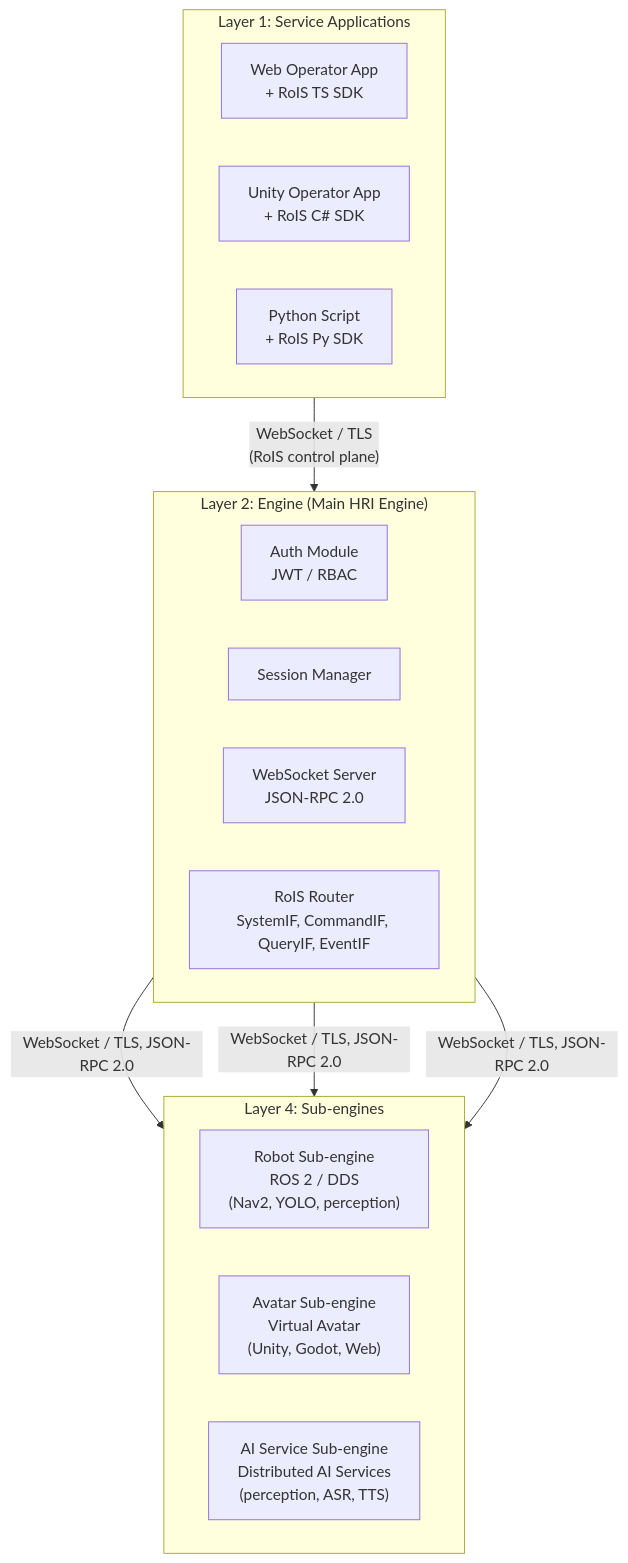
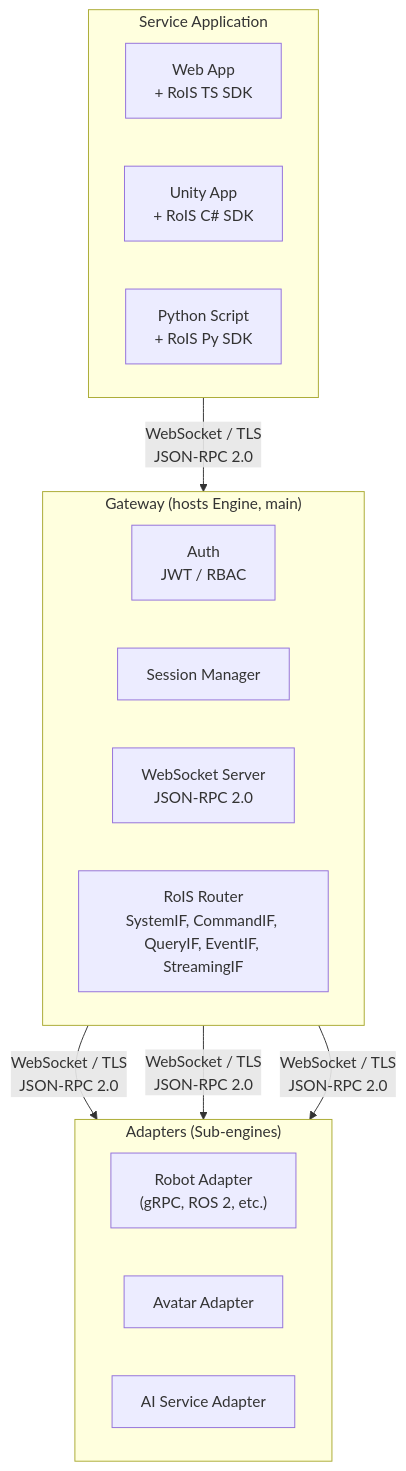
One commit to openrois/openrois-docs changed the diagram in docs/White Paper/layered-architecture.md. Above: the diagram before and after it, drawn with Mermaid. The commit also changed other lines of this file and 20 other files, not shown here.

Commit message:
docs: update website structure to reflect latest architecture

````diff
--- a/docs/White Paper/layered-architecture.md
+++ b/docs/White Paper/layered-architecture.md
@@ -20,29 +13,29 @@
 ```mermaid
 flowchart TB
-    subgraph L1["Layer 1: Service Applications"]
+    subgraph L1["Service Application"]
         direction LR
-        WebApp["Web Operator App<br/>+ RoIS TS SDK"]
-        UnityApp["Unity Operator App<br/>+ RoIS C# SDK"]
+        WebApp["Web App<br/>+ RoIS TS SDK"]
+        UnityApp["Unity App<br/>+ RoIS C# SDK"]
         PyScript["Python Script<br/>+ RoIS Py SDK"]
     end
 
-    subgraph L2["Layer 2: Engine (Main HRI Engine)"]
+    subgraph L2["Gateway (hosts Engine, main)"]
         direction LR
-        Auth["Auth Module<br/>JWT / RBAC"]
+        Auth["Auth<br/>JWT / RBAC"]
         Session["Session Manager"]
         WSServer["WebSocket Server<br/>JSON-RPC 2.0"]
-        RoISRouter["RoIS Router<br/>SystemIF, CommandIF, QueryIF, EventIF"]
+        Router["RoIS Router<br/>SystemIF, CommandIF, QueryIF, EventIF, StreamingIF"]
     end
 
-    subgraph L4["Layer 4: Sub-engines"]
+    subgraph L3["Adapters (Sub-engines)"]
         direction LR
-        Robot["Robot Sub-engine<br/>ROS 2 / DDS<br/>(Nav2, YOLO, perception)"]
-        Avatar["Avatar Sub-engine<br/>Virtual Avatar<br/>(Unity, Godot, Web)"]
-        Services["AI Service Sub-engine<br/>Distributed AI Services<br/>(perception, ASR, TTS)"]
+        RobotAdapter["Robot Adapter<br/>(gRPC, ROS 2, etc.)"]
+        AvatarAdapter["Avatar Adapter"]
+        ServiceAdapter["AI Service Adapter"]
     end
 
-    L1 -->|"WebSocket / TLS<br/>(RoIS control plane)"| L2
-    L2 -->|"WebSocket / TLS, JSON-RPC 2.0"| Robot
-    L2 -->|"WebSocket / TLS, JSON-RPC 2.0"| Avatar
-    L2 -->|"WebSocket / TLS, JSON-RPC 2.0"| Services
+    L1 -->|"WebSocket / TLS<br/>JSON-RPC 2.0"| L2
+    L2 -->|"WebSocket / TLS<br/>JSON-RPC 2.0"| RobotAdapter
+    L2 -->|"WebSocket / TLS<br/>JSON-RPC 2.0"| AvatarAdapter
+    L2 -->|"WebSocket / TLS<br/>JSON-RPC 2.0"| ServiceAdapter
 ```
````
